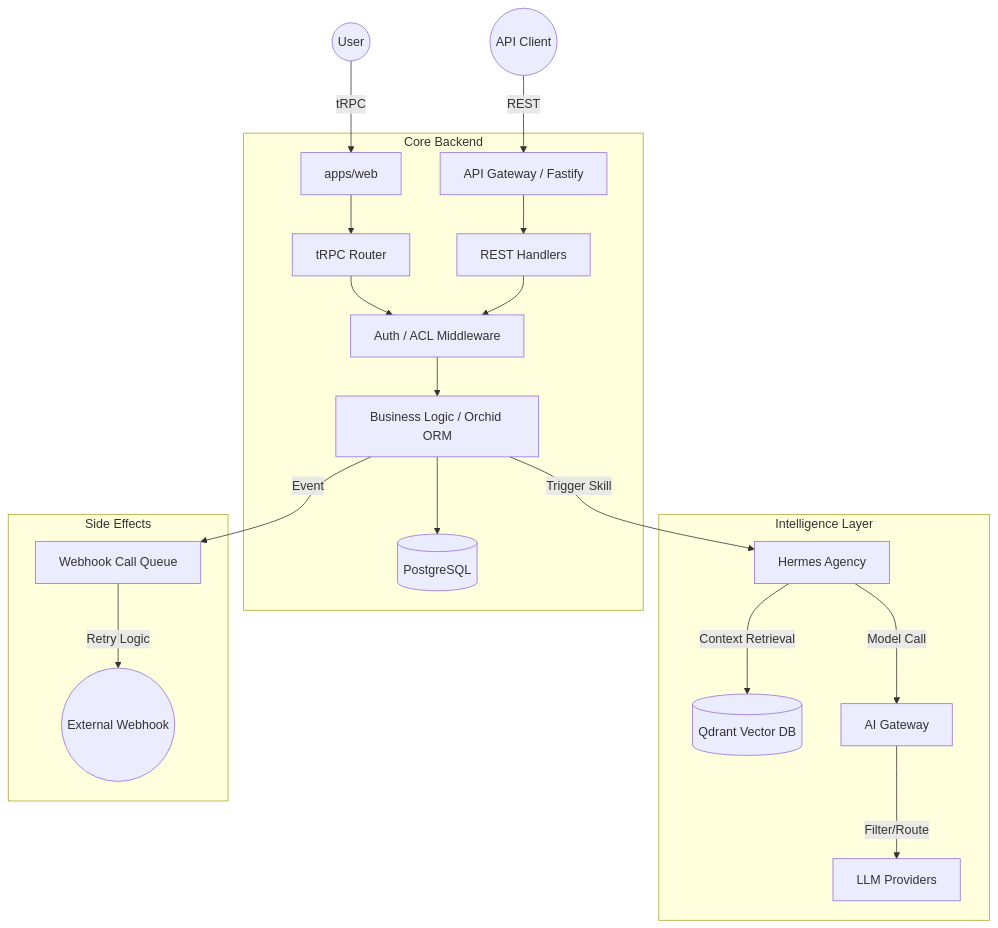
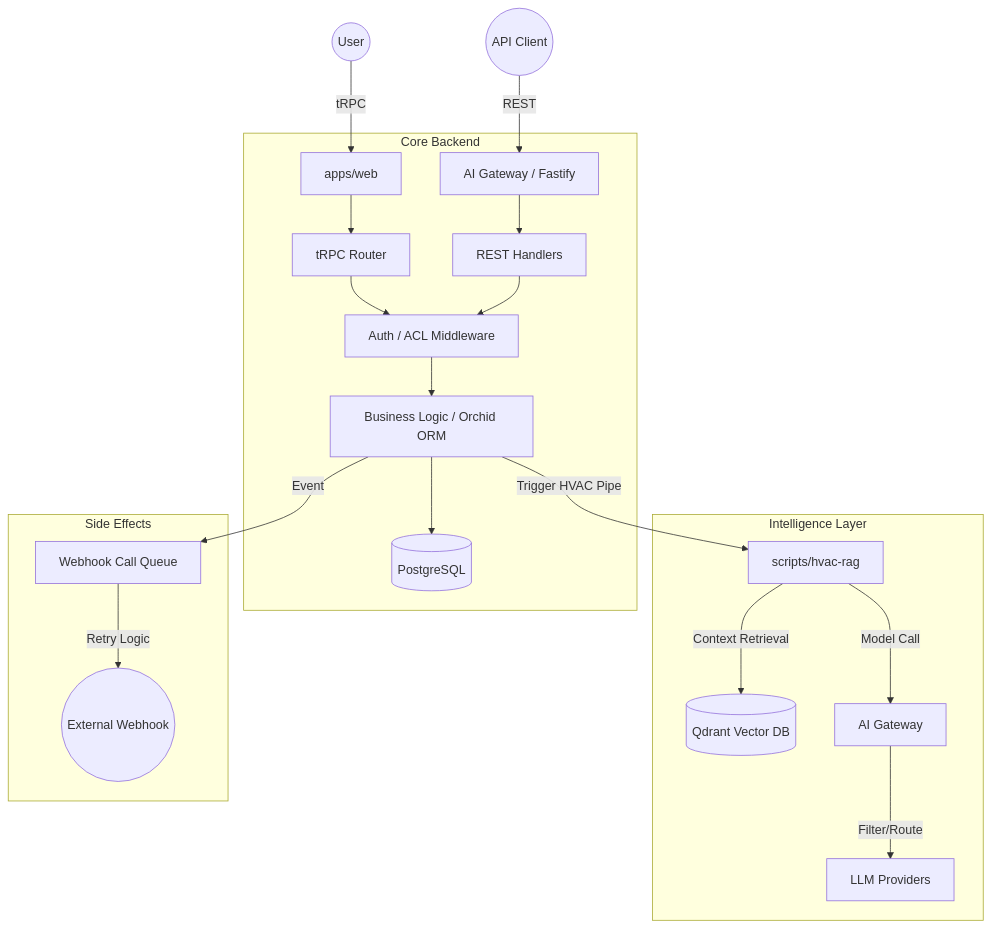
The diagram in .context/docs/data-flow.md (zapprosite/monorepo), drawn with Mermaid before and after one commit. The commit also changed other lines of this file and 10 other files, not shown here.

````diff
--- a/.context/docs/data-flow.md
+++ b/.context/docs/data-flow.md
@@ -45,25 +45,25 @@
 ```mermaid
 graph TD
     User((User)) -->|tRPC| WebApp[apps/web]
-    External((API Client)) -->|REST| Gateway[API Gateway / Fastify]
+    External((API Client)) -->|REST| Gateway[AI Gateway / Fastify]
     
     subgraph Core Backend
         WebApp --> Router[tRPC Router]
         Gateway --> RestRouter[REST Handlers]
         Router & RestRouter --> Auth[Auth / ACL Middleware]
         Auth --> Logic[Business Logic / Orchid ORM]
         Logic --> DB[(PostgreSQL)]
     end
 
     subgraph Intelligence Layer
-        Logic -->|Trigger Skill| Agency[Hermes Agency]
-        Agency -->|Context Retrieval| Qdrant[(Qdrant Vector DB)]
-        Agency -->|Model Call| AIGateway[AI Gateway]
+        Logic -->|Trigger HVAC Pipe| HvacScripts[scripts/hvac-rag]
+        HvacScripts -->|Context Retrieval| Qdrant[(Qdrant Vector DB)]
+        HvacScripts -->|Model Call| AIGateway[AI Gateway]
         AIGateway -->|Filter/Route| LLM[LLM Providers]
     end
 
     subgraph Side Effects
         Logic -->|Event| HookQueue[Webhook Call Queue]
         HookQueue -->|Retry Logic| ExtWebhook((External Webhook))
     end
 ```
````
